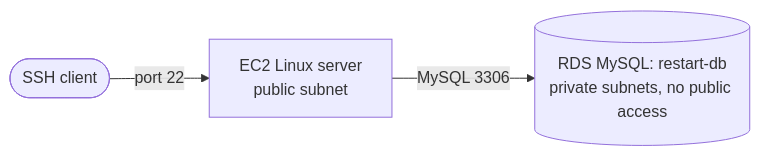
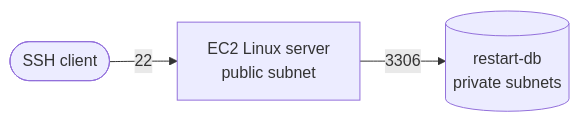
One commit to czekinah/aws-restart-labs changed the diagram in rds-private-mysql/README.md. Above: the diagram before and after it, drawn with Mermaid. The commit also changed other lines of this file, not shown here.

Commit message:
Tighten RDS write-up, add architecture diagram

````diff
--- a/rds-private-mysql/README.md
+++ b/rds-private-mysql/README.md
@@ -9,5 +7,5 @@
 ```mermaid
 flowchart LR
-    U([SSH client]) -->|port 22| EC2[EC2 Linux server<br/>public subnet]
-    EC2 -->|MySQL 3306| RDS[(RDS MySQL: restart-db<br/>private subnets, no public access)]
+    U([SSH client]) -->|22| EC2[EC2 Linux server<br/>public subnet]
+    EC2 -->|3306| RDS[(restart-db<br/>private subnets)]
 ```
````
